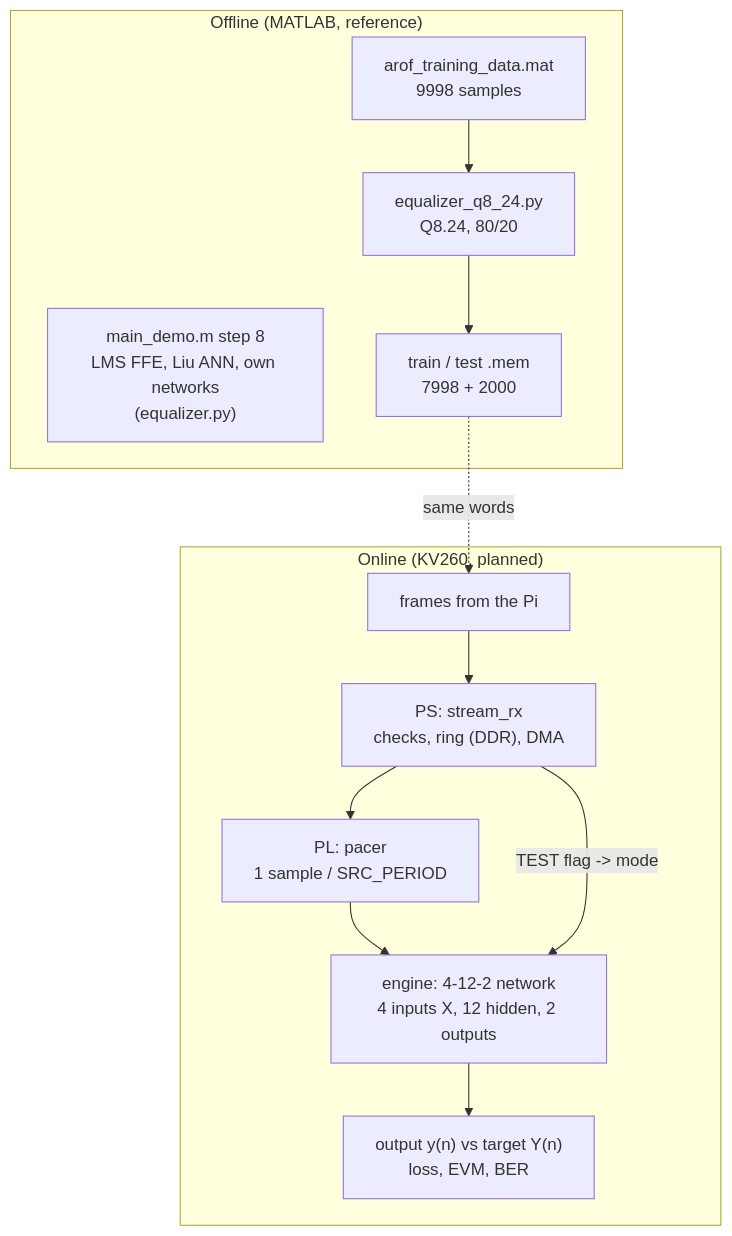
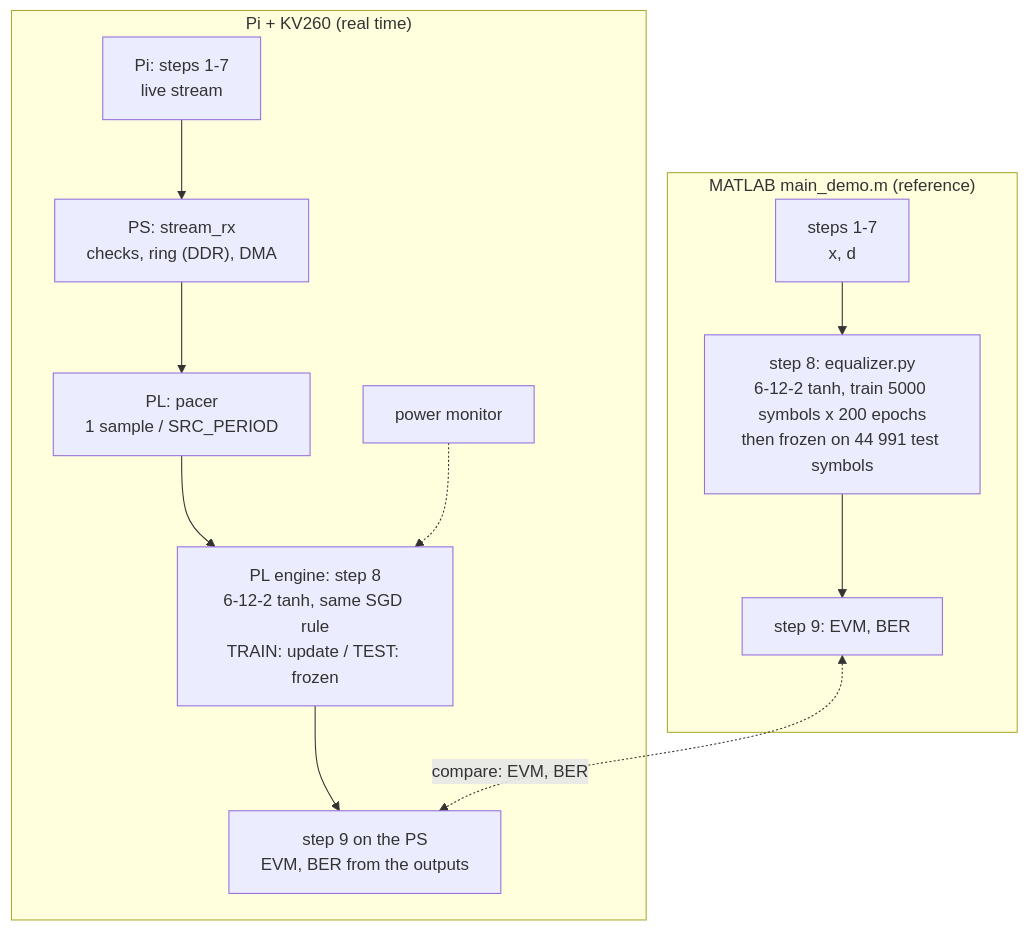
Before and after one commit to ahmedabdellatif7700/arof-rt-generator: the fourth of 5 diagrams in docs/DEMO.md, drawn with Mermaid. The commit also changed other lines of this file and 18 other files, not shown here.

First line of the commit message:
Samples as equalizer.py builds them for main_demo.m step 8; schedule demo; dataset = one demo cycle

````diff
--- a/docs/DEMO.md
+++ b/docs/DEMO.md
@@ -202,16 +249,15 @@
 ```mermaid
 flowchart TB
-    subgraph OFF["Offline (MATLAB, reference)"]
-        M8["main_demo.m step 8<br/>LMS FFE, Liu ANN, own networks<br/>(equalizer.py)"]
-        DS["arof_training_data.mat<br/>9998 samples"] --> Q["equalizer_q8_24.py<br/>Q8.24, 80/20"]
-        Q --> ROM["train / test .mem<br/>7998 + 2000"]
+    subgraph REF["MATLAB main_demo.m (reference)"]
+        A["steps 1-7<br/>x, d"] --> B["step 8: equalizer.py<br/>6-12-2 tanh, train 5000 symbols x 200 epochs<br/>then frozen on 44 991 test symbols"]
+        B --> C["step 9: EVM, BER"]
     end
-    subgraph ON["Online (KV260, planned)"]
-        F["frames from the Pi"] --> SR["PS: stream_rx<br/>checks, ring (DDR), DMA"]
+    subgraph HW["Pi + KV260 (real time)"]
+        P["Pi: steps 1-7<br/>live stream"] --> SR["PS: stream_rx<br/>checks, ring (DDR), DMA"]
         SR --> PC["PL: pacer<br/>1 sample / SRC_PERIOD"]
-        PC --> EN["engine: 4-12-2 network<br/>4 inputs X, 12 hidden, 2 outputs"]
-        EN --> OUTS["output y(n) vs target Y(n)<br/>loss, EVM, BER"]
-        SR -- "TEST flag -> mode" --> EN
+        PC --> EN["PL engine: step 8<br/>6-12-2 tanh, same SGD rule<br/>TRAIN: update / TEST: frozen"]
+        EN --> OUTS["step 9 on the PS<br/>EVM, BER from the outputs"]
+        PW["power monitor"] -.-> EN
     end
-    ROM -. "same words" .-> F
+    C <-. "compare: EVM, BER" .-> OUTS
 ```
````
